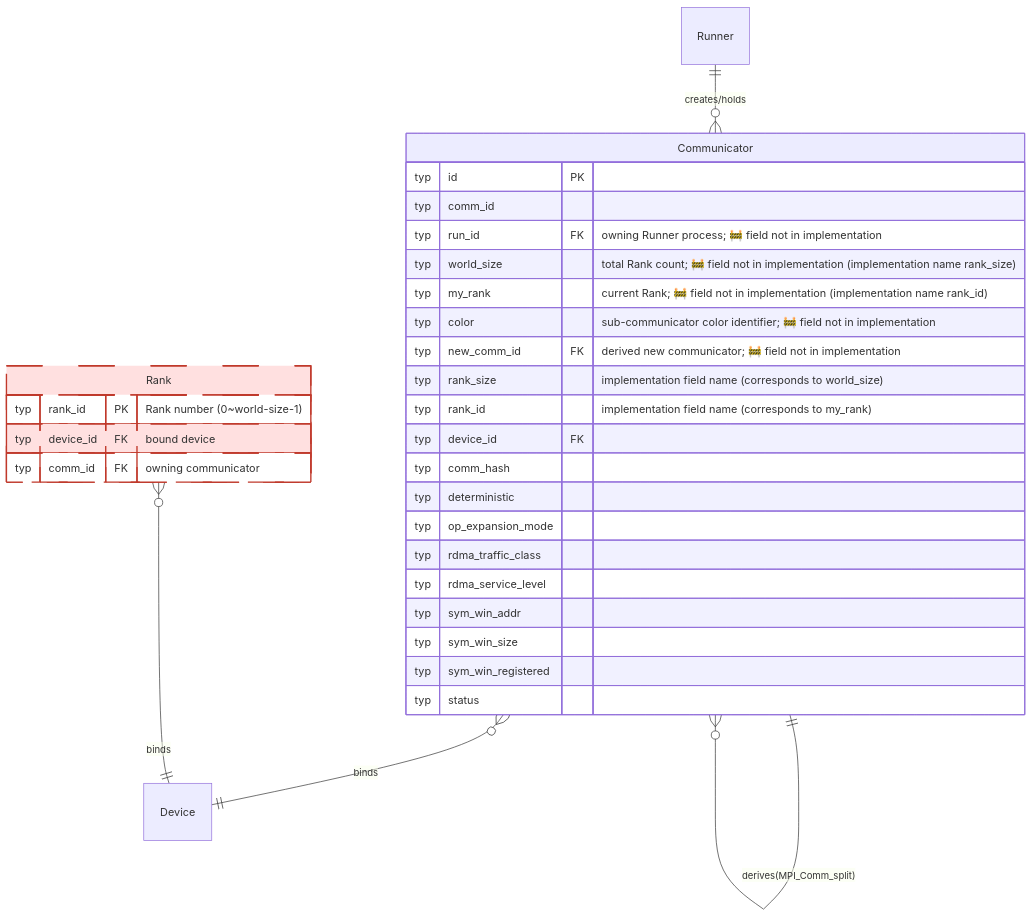
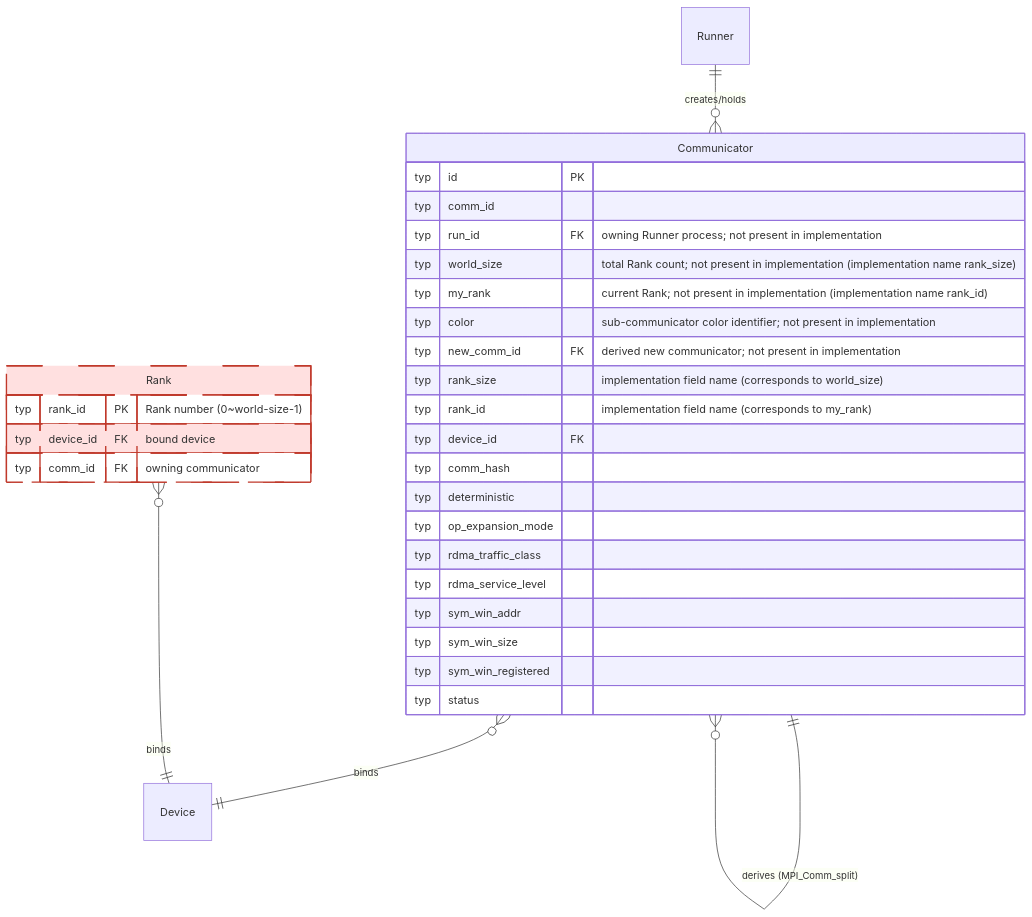
Before and after one commit to Atlas-Ascend-Fork/hcomm: diagram 12 of 19 in test/hccl_vm/docs/simulator_runner_data_model_en.md, drawn with Mermaid. The commit also changed other lines of this file and 171 other files, not shown here.

````diff
--- a/test/hccl_vm/docs/simulator_runner_data_model_en.md
+++ b/test/hccl_vm/docs/simulator_runner_data_model_en.md
@@ -1077,39 +1101,39 @@
 ```mermaid
 erDiagram
     %% ==========================================
-    %% Communicator Definition (HCCL Communicator)
+    %% Communicator definition (HCCL Communicator)
     %% ==========================================
     Communicator {
         typ id PK
         typ comm_id
-        typ run_id FK "owning Runner process; 🚧 field not in implementation"
-        typ world_size "total Rank count; 🚧 field not in implementation (implementation name rank_size)"
-        typ my_rank "current Rank; 🚧 field not in implementation (implementation name rank_id)"
-        typ color "sub-communicator color identifier; 🚧 field not in implementation"
-        typ new_comm_id FK "derived new communicator; 🚧 field not in implementation"
+        typ run_id FK "owning Runner process; not present in implementation"
+        typ world_size "total Rank count; not present in implementation (implementation name rank_size)"
+        typ my_rank "current Rank; not present in implementation (implementation name rank_id)"
+        typ color "sub-communicator color identifier; not present in implementation"
+        typ new_comm_id FK "derived new communicator; not present in implementation"
         typ rank_size "implementation field name (corresponds to world_size)"
         typ rank_id "implementation field name (corresponds to my_rank)"
         typ device_id FK
         typ comm_hash
         typ deterministic
         typ op_expansion_mode
         typ rdma_traffic_class
         typ rdma_service_level
         typ sym_win_addr
         typ sym_win_size
         typ sym_win_registered
         typ status
     }
     Rank {
         typ rank_id PK "Rank number (0~world-size-1)"
         typ device_id FK "bound device"
         typ comm_id FK "owning communicator"
     }
     Runner ||--o{ Communicator : "creates/holds"
     Communicator }o--|| Device : "binds"
     Rank }o--|| Device : "binds"
-    Communicator ||--o{ Communicator : "derives(MPI_Comm_split)"
+    Communicator ||--o{ Communicator : "derives (MPI_Comm_split)"
 
     classDef unimplemented fill:#ffe0e0,stroke:#c0392b,stroke-width:2px,stroke-dasharray:5 3
     class Rank unimplemented
 ```
````
